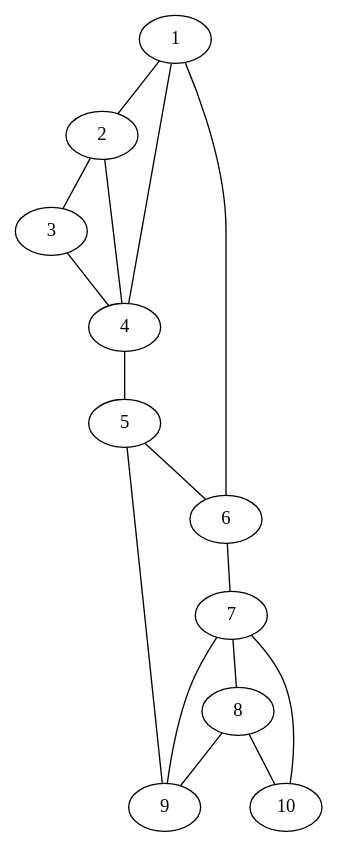
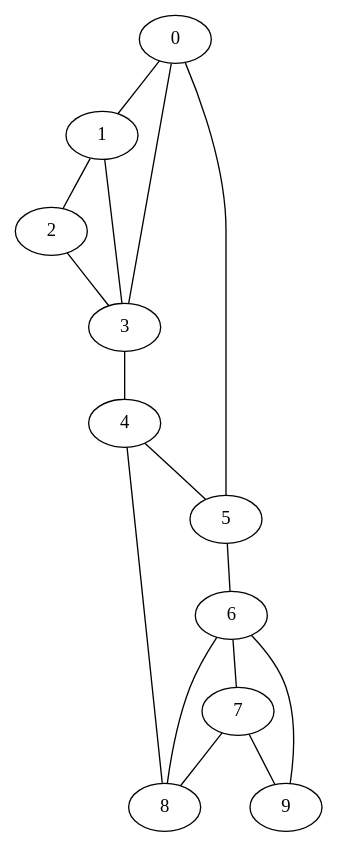
The diagram in test_k2_from_paper.dot (McFlip/k-automorphic-graph), drawn with Graphviz before and after one commit. The commit also changed 8 other files, not shown here.

```diff
--- a/test_k2_from_paper.dot
+++ b/test_k2_from_paper.dot
@@ -1,27 +1,27 @@
 graph g {
+  0;  
   1;
   2;
   3;
   4;
   5;
   6;
   7;
   8;
   9;
-  10;
+  0 -- 1;
+  0 -- 3;
+  0 -- 5;
   1 -- 2;
-  1 -- 4;
-  1 -- 6;
+  1 -- 3;
   2 -- 3;
-  2 -- 4;
   3 -- 4;
   4 -- 5;
+  4 -- 8;
   5 -- 6;
-  5 -- 9;
   6 -- 7;
+  6 -- 8;
+  6 -- 9;
   7 -- 8;
   7 -- 9;
-  7 -- 10;
-  8 -- 9;
-  8 -- 10;
 }
```
